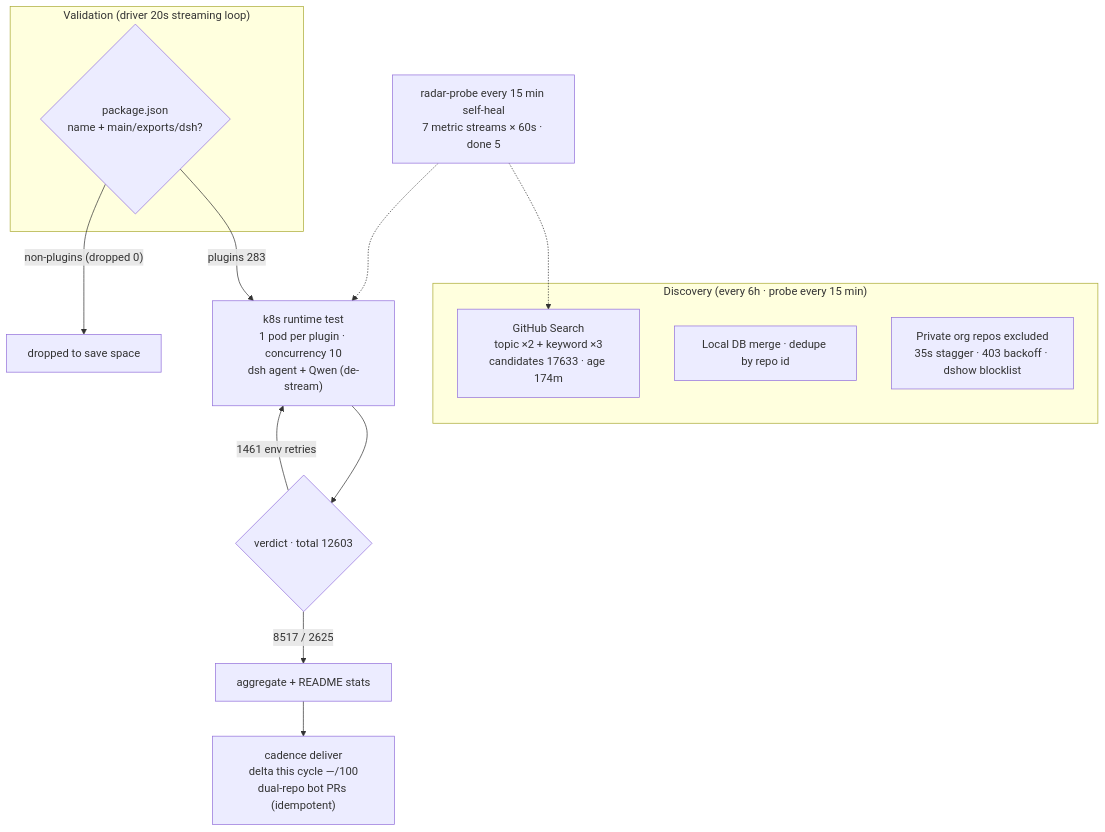
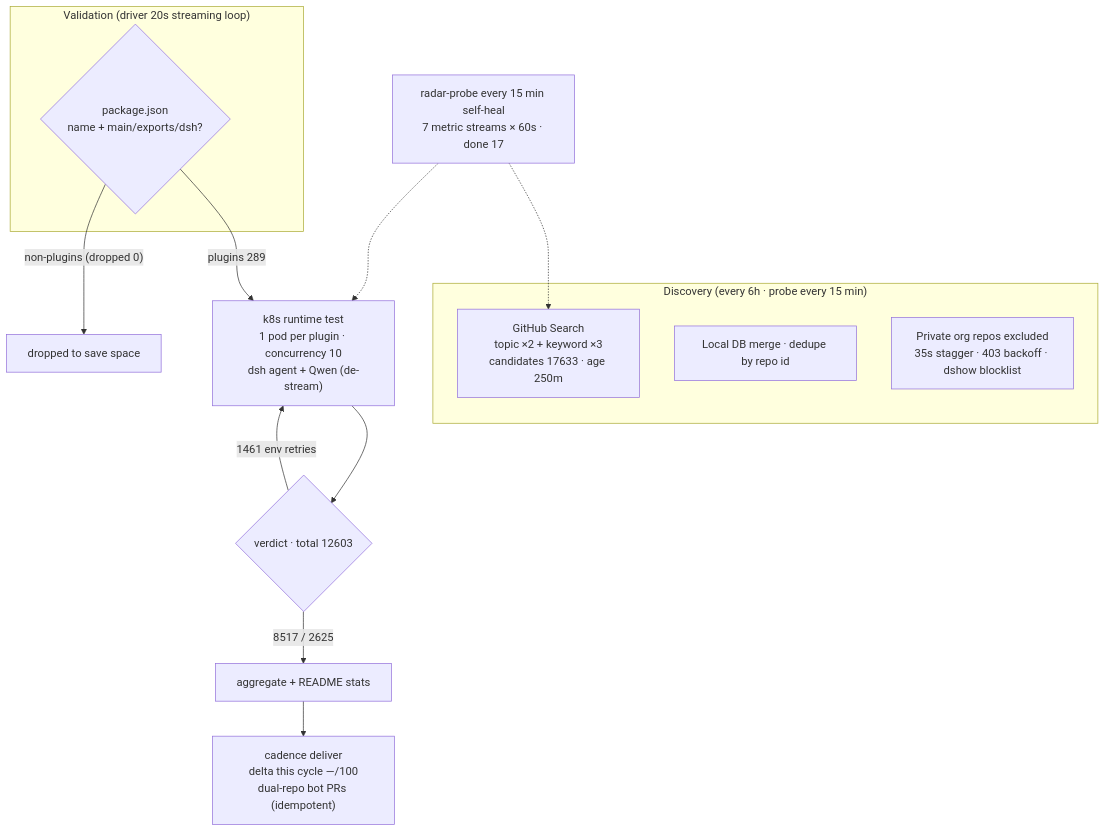
One commit to AdamPlatin123/awesome-dsh-plugins changed the diagram in README.en-US.md. Above: the diagram before and after it, drawn with Mermaid. The commit also changed other lines of this file and 5 other files, not shown here.

````diff
--- a/README.en-US.md
+++ b/README.en-US.md
@@ -45,20 +45,20 @@
 ```mermaid
 flowchart TB
     subgraph Discovery["Discovery (every 6h · probe every 15 min)"]
-        A1["GitHub Search<br/>topic ×2 + keyword ×3<br/>candidates 17633 · age 174m"]
+        A1["GitHub Search<br/>topic ×2 + keyword ×3<br/>candidates 17633 · age 250m"]
         A2["Local DB merge · dedupe by repo id"]
         A3["Private org repos excluded<br/>35s stagger · 403 backoff · dshow blocklist"]
     end
     subgraph Validation["Validation (driver 20s streaming loop)"]
         B1{"package.json<br/>name + main/exports/dsh?"}
     end
-    B1 -->|"plugins 283"| C1["k8s runtime test<br/>1 pod per plugin · concurrency 10<br/>dsh agent + Qwen (de-stream)"]
+    B1 -->|"plugins 289"| C1["k8s runtime test<br/>1 pod per plugin · concurrency 10<br/>dsh agent + Qwen (de-stream)"]
     B1 -->|"non-plugins (dropped 0)"| B3["dropped to save space"]
     C1 --> D1{"verdict · total 12603"}
     D1 -->|"8517 / 2625"| E1["aggregate + README stats"]
     D1 -->|"1461 env retries"| C1
     E1 --> E2["cadence deliver<br/>delta this cycle —/100<br/>dual-repo bot PRs (idempotent)"]
-    M["radar-probe every 15 min self-heal<br/>7 metric streams × 60s · done 5"]
+    M["radar-probe every 15 min self-heal<br/>7 metric streams × 60s · done 17"]
     M -.-> A1
     M -.-> C1
 ```
````
